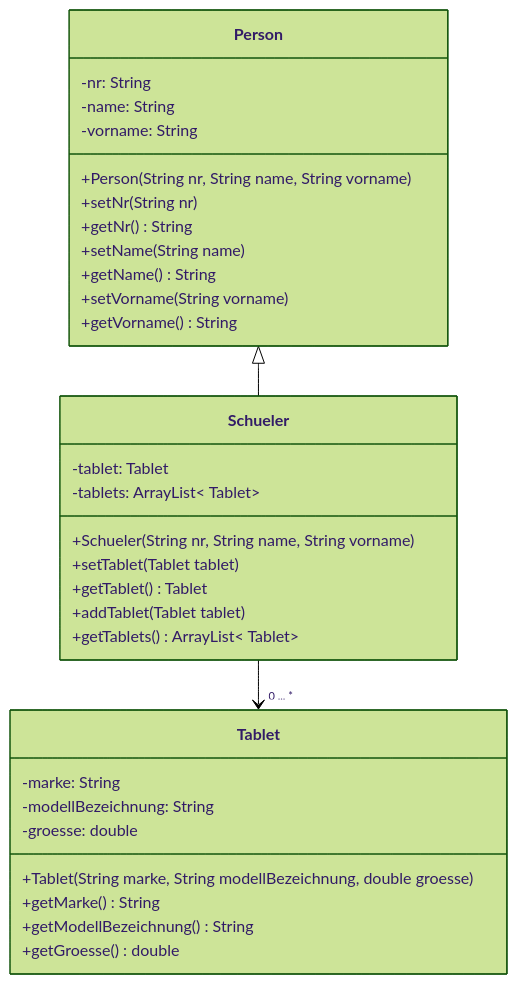
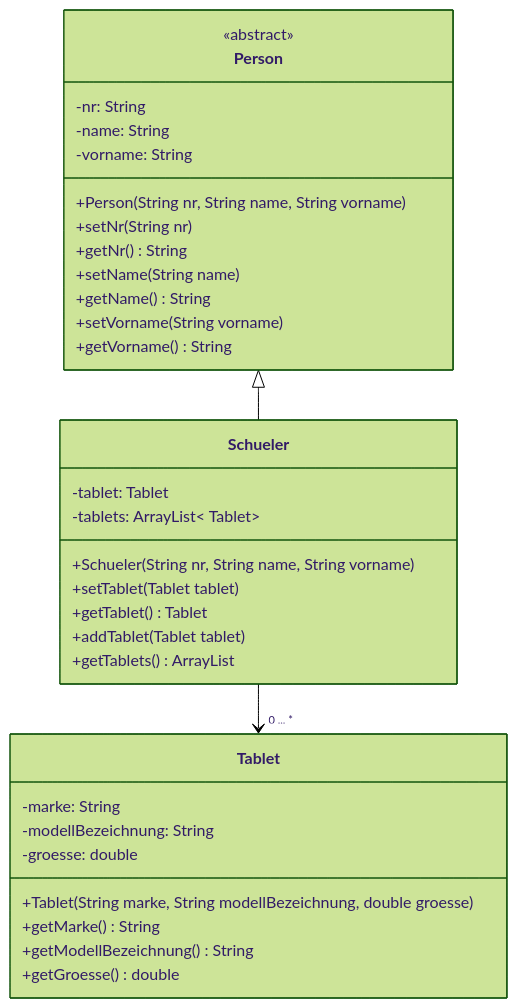
Before and after one commit to bdwebnet/pr1: the diagram in src/net/bdweb/gds2/pr1_x280_x290_Vererbung/ab_uebungen_vererbung/aufgabe02/UML.md, drawn with Mermaid (forest theme). The commit also changed 7 other files, not shown here.

````diff
--- a/src/net/bdweb/gds2/pr1_x280_x290_Vererbung/ab_uebungen_vererbung/aufgabe02/UML.md
+++ b/src/net/bdweb/gds2/pr1_x280_x290_Vererbung/ab_uebungen_vererbung/aufgabe02/UML.md
@@ -3,41 +3,43 @@
 ```mermaid
 classDiagram
 
 class Person {
     -nr: String
     -name: String
     -vorname: String
     +Person(String nr, String name, String vorname)
     +setNr(String nr)
     +getNr() String
     +setName(String name)
     +getName() String
     +setVorname(String vorname)
     +getVorname() String
 }
 
+<<abstract>> Person
+
 class Schueler {
     -tablet: Tablet
     -tablets: ArrayList< Tablet>
     +Schueler(String nr, String name, String vorname)
     +setTablet(Tablet tablet)
     +getTablet() Tablet
     +addTablet(Tablet tablet)
-    +getTablets() ArrayList< Tablet>
+    +getTablets() ArrayList<Tablet>
 }
 
 class Tablet {
     -marke: String
     -modellBezeichnung: String
     -groesse: double
     +Tablet(String marke, String modellBezeichnung, double groesse)
     +getMarke() String
     +getModellBezeichnung() String
     +getGroesse() double
 }
 
 Person <|-- Schueler
 
 Schueler --> "0 ... *" Tablet
 
 ```
````
